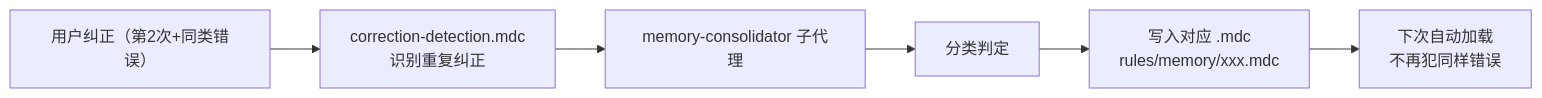
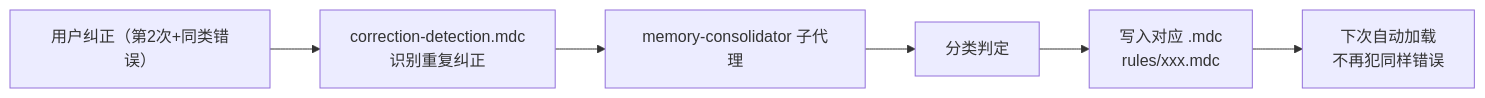
Before and after one commit to aiLi0617/harness-v2: the fourth of 4 diagrams in README.md, drawn with Mermaid. The commit also changed other lines of this file and 173 other files, not shown here.

````diff
--- a/README.md
+++ b/README.md
@@ -392,8 +395,8 @@
 ```mermaid
 flowchart LR
     U["用户纠正（第2次+同类错误）"] --> CD["correction-detection.mdc\n识别重复纠正"]
     CD --> MC["memory-consolidator 子代理"]
     MC --> CL["分类判定"]
-    CL --> W["写入对应 .mdc\nrules/memory/xxx.mdc"]
+    CL --> W["写入对应 .mdc\nrules/xxx.mdc"]
     W --> N["下次自动加载\n不再犯同样错误"]
 ```
````
